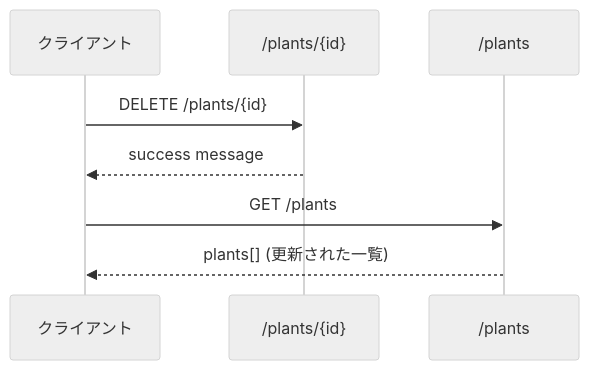
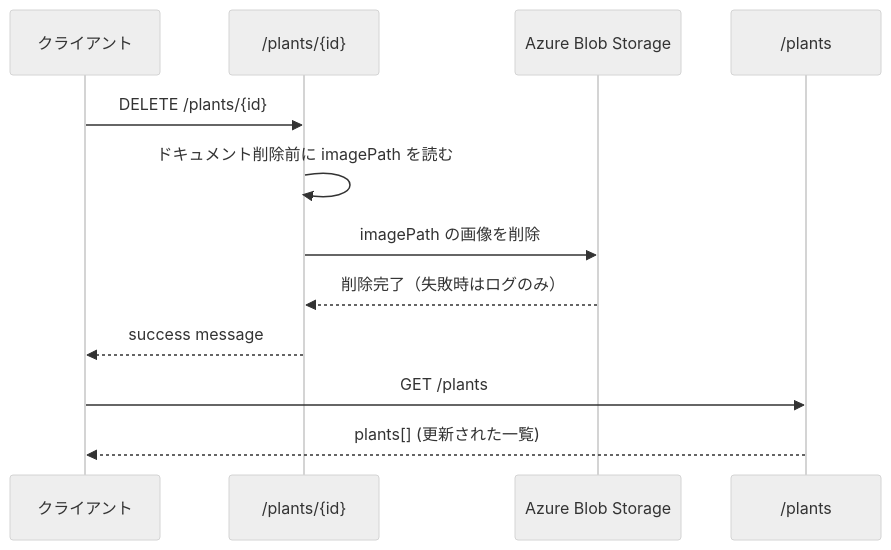
One commit to nmasashi/snaplant changed the third of 3 diagrams in docs/07_api_workflow.md. Above: the diagram before and after it, drawn with Mermaid (neutral theme). The commit also changed other lines of this file and 5 other files, not shown here.

````diff
--- a/docs/07_api_workflow.md
+++ b/docs/07_api_workflow.md
@@ -328,11 +333,15 @@
 ```mermaid
 sequenceDiagram
     participant Client as クライアント
     participant Delete as /plants/{id}
+    participant Blob as Azure Blob Storage
     participant Plants as /plants
 
     Client->>Delete: DELETE /plants/{id}
+    Delete->>Delete: ドキュメント削除前に imagePath を読む
+    Delete->>Blob: imagePath の画像を削除
+    Blob-->>Delete: 削除完了（失敗時はログのみ）
     Delete-->>Client: success message
     Client->>Plants: GET /plants
     Plants-->>Client: plants[] (更新された一覧)
 ```
````
